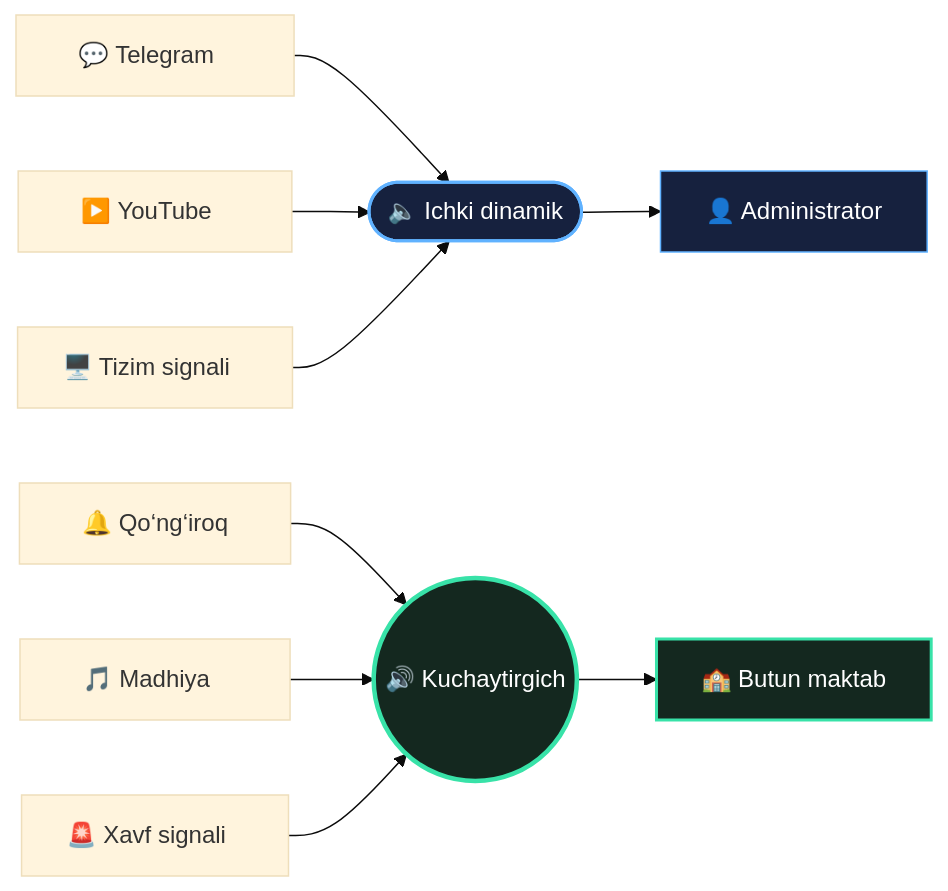
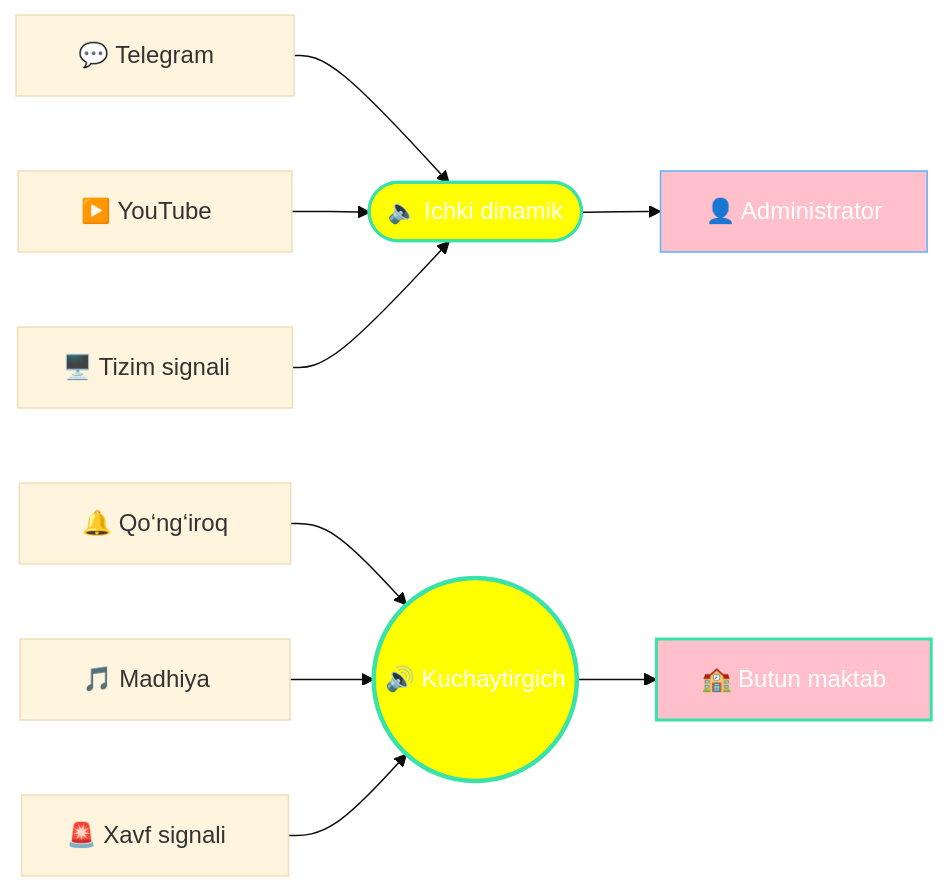
Before and after one commit to mr-ikromov/school_bell_system: the first of 4 diagrams in README.md, drawn with Mermaid (base theme). The commit also changed other lines of this file and 1 other file, not shown here.

````diff
--- a/README.md
+++ b/README.md
@@ -99,18 +65,18 @@
 ```mermaid
 %%{init: {'flowchart': {'wrappingWidth': 600}}}%%
 flowchart LR
     T["⠀💬 Telegram⠀⠀"] --> IC(["🔈 Ichki dinamik"])
     Y["⠀▶️ YouTube⠀⠀"] --> IC
     S["🖥️ Tizim signali⠀"] --> IC
     IC --> AD["👤 Administrator"]
 
     B["⠀🔔 Qo‘ng‘iroq⠀"] --> KU(("🔊 Kuchaytirgich"))
     M["⠀🎵 Madhiya⠀⠀"] --> KU
     X["🚨 Xavf signali⠀"] --> KU
     KU --> MK["🏫 Butun maktab"]
 
-    style IC fill:#16213e,stroke:#60b2ff,stroke-width:2px,color:#fff
-    style AD fill:#16213e,stroke:#60b2ff,color:#fff
-    style KU fill:#14281f,stroke:#38e2a8,stroke-width:3px,color:#fff
-    style MK fill:#14281f,stroke:#38e2a8,stroke-width:2px,color:#fff
+    style IC fill:yellow, stroke:#38e2a8, stroke-width:2px,color:#fff
+    style AD fill:pink, stroke:#60b2ff, color:#fff
+    style KU fill:yellow, stroke:#38e2a8, stroke-width:3px,color:#fff
+    style MK fill:pink ,stroke:#38e2a8, stroke-width:2px,color:#fff
 ```
````
